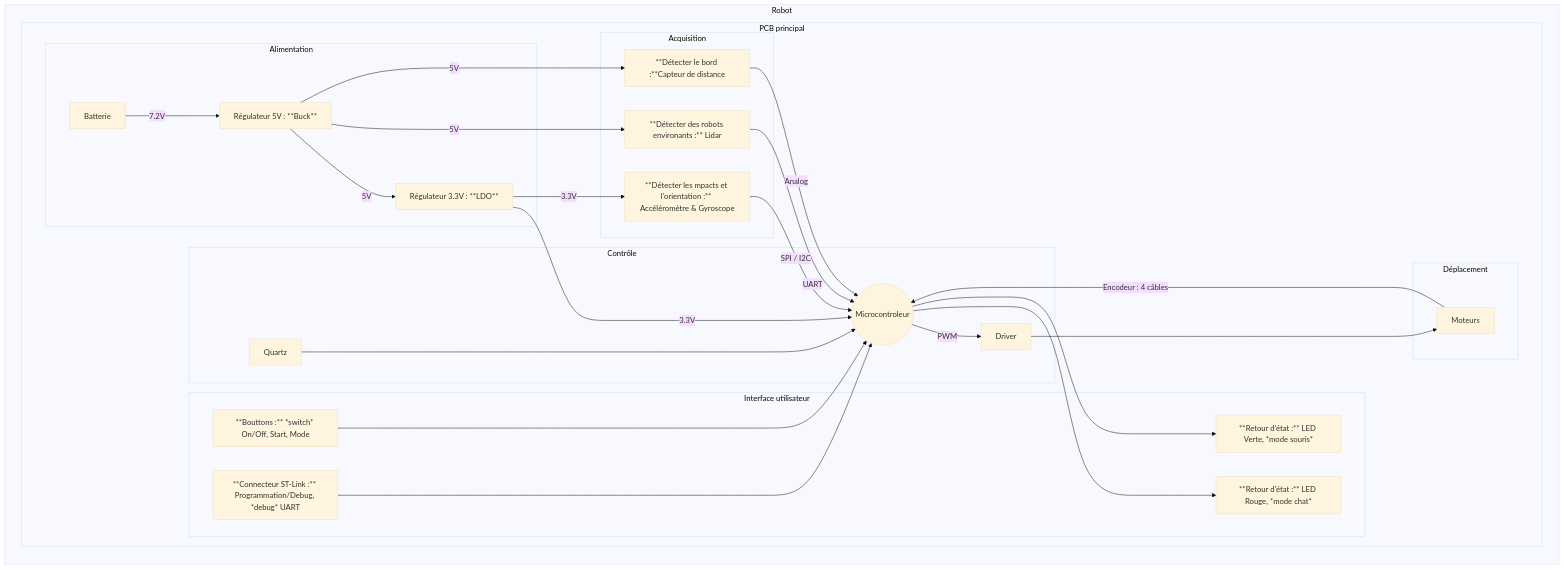
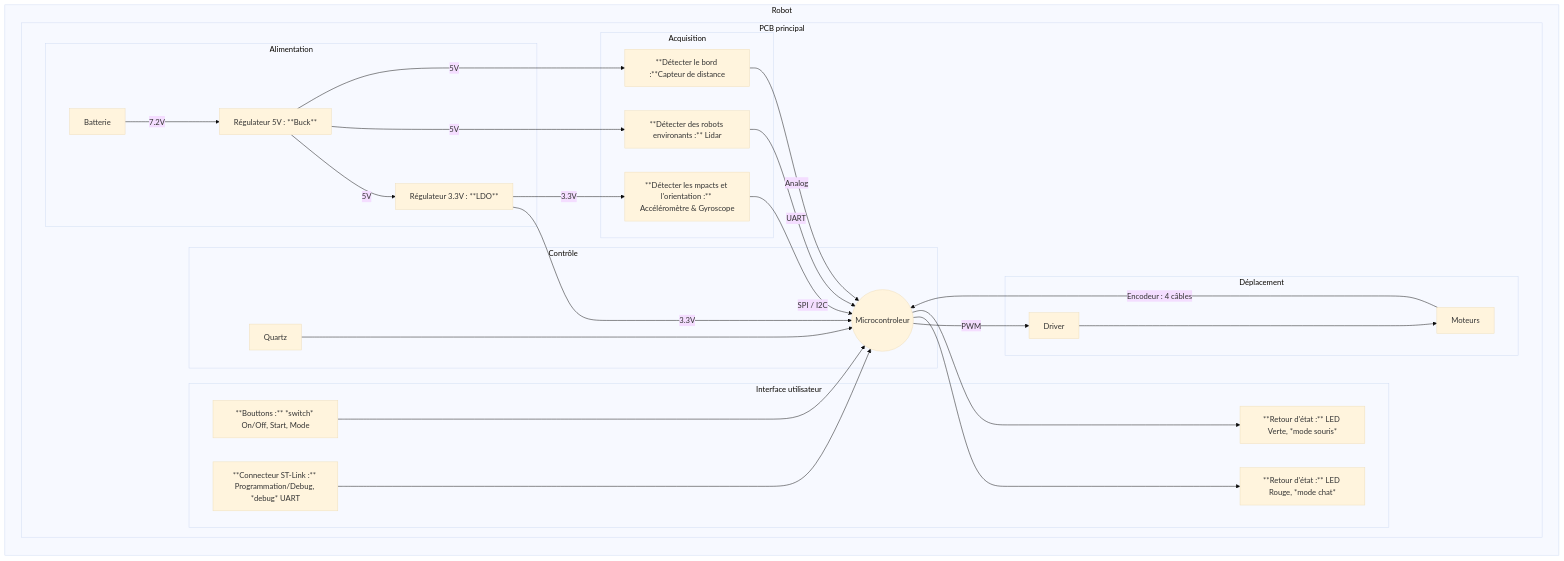
Before and after one commit to MohamedBenabdelhadi/2425_ESE_Projet_V-NOM: the diagram in README.md, drawn with Mermaid (base theme).

Commit message:
Fix du diagramme d'architecture

````diff
--- a/README.md
+++ b/README.md
@@ -21,43 +21,43 @@
 ```mermaid
 graph LR;
 subgraph Robot
     subgraph PCB principal
+    subgraph Déplacement
+            D[Driver] ----> Mot[Moteurs];
+        end
+
         subgraph Contrôle
             M((Microcontroleur)) -- PWM --> D;
             Q[Quartz] ----> M;
         end
 
         subgraph Interface utilisateur
             M ----> LEDR[**Retour d'état :** LED Rouge, *mode chat*]
             M ----> LEDV[**Retour d'état :** LED Verte, *mode souris*]
             Bo[**Bouttons :** *switch* On/Off, Start, Mode] ----> M;
             Con[**Connecteur ST-Link :** Programmation/Debug, *debug* UART] ----> M;
         end
 
         subgraph Acquisition
             CD[**Détecter le bord :**Capteur de distance] -- Analog --> M;
             L[**Détecter des robots environants :** Lidar] -- UART --> M;
             AG[**Détecter les mpacts et l'orientation :** Accéléromètre & Gyroscope] -- SPI / I2C --> M;
         end
 
         subgraph Déplacement
-            Mot[Moteurs] -- Encodeur : 4 câbles --> M;
-            D[Driver] ----> Mot;
+            Mot -- Encodeur : 4 câbles --> M;
         end
 
         subgraph Alimentation
             Batterie -- 7.2V --> R5V[Régulateur 5V : **Buck**];
             R5V -- 5V --> R3V[Régulateur 3.3V : **LDO**];
 
             R3V -- 3.3V --> M;
             R3V -- 3.3V --> AG;
 
             R5V -- 5V --> L;
             R5V -- 5V --> CD;
         end
-
-        
     end
-    
 end
 ```
````
